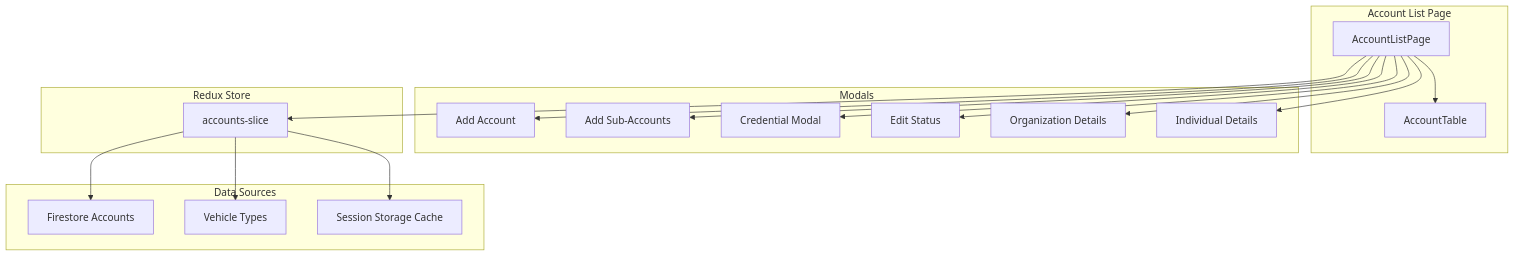
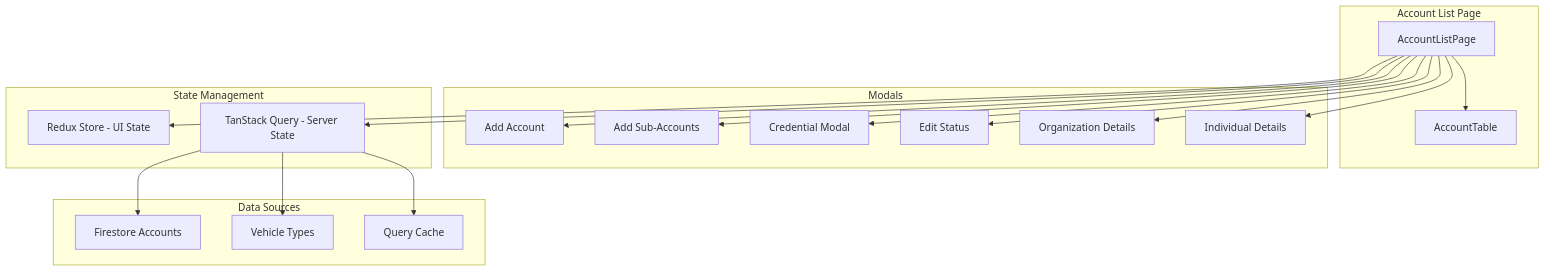
Before and after one commit to Arvss07/taravel-admin-docs-official: the diagram in docs/features/account-management.md, drawn with Mermaid. The commit also changed other lines of this file and 16 other files, not shown here.

````diff
--- a/docs/features/account-management.md
+++ b/docs/features/account-management.md
@@ -53,39 +53,41 @@
 ```mermaid
 graph TB
     subgraph Page[Account List Page]
         ALP[AccountListPage]
         Table[AccountTable]
     end
 
     subgraph Modals[Modals]
         AddAcc[Add Account]
         AddSub[Add Sub-Accounts]
         Cred[Credential Modal]
         EditStatus[Edit Status]
         OrgView[Organization Details]
         IndView[Individual Details]
     end
 
-    subgraph Store[Redux Store]
-        Slice[accounts-slice]
+    subgraph State[State Management]
+        Redux[Redux Store - UI State]
+        TQ[TanStack Query - Server State]
     end
 
     subgraph Data[Data Sources]
         FS[Firestore Accounts]
         VT[Vehicle Types]
-        Cache[Session Storage Cache]
+        Cache[Query Cache]
     end
 
     ALP --> Table
     ALP --> AddAcc
     ALP --> AddSub
     ALP --> Cred
     ALP --> EditStatus
     ALP --> OrgView
     ALP --> IndView
 
-    ALP --> Slice
-    Slice --> FS
-    Slice --> VT
-    Slice --> Cache
+    ALP --> Redux
+    ALP --> TQ
+    TQ --> FS
+    TQ --> VT
+    TQ --> Cache
 ```
````
